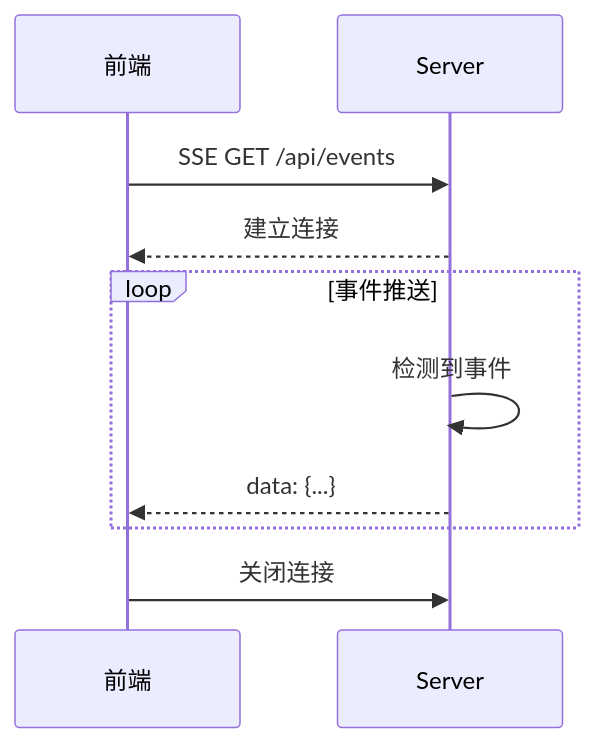
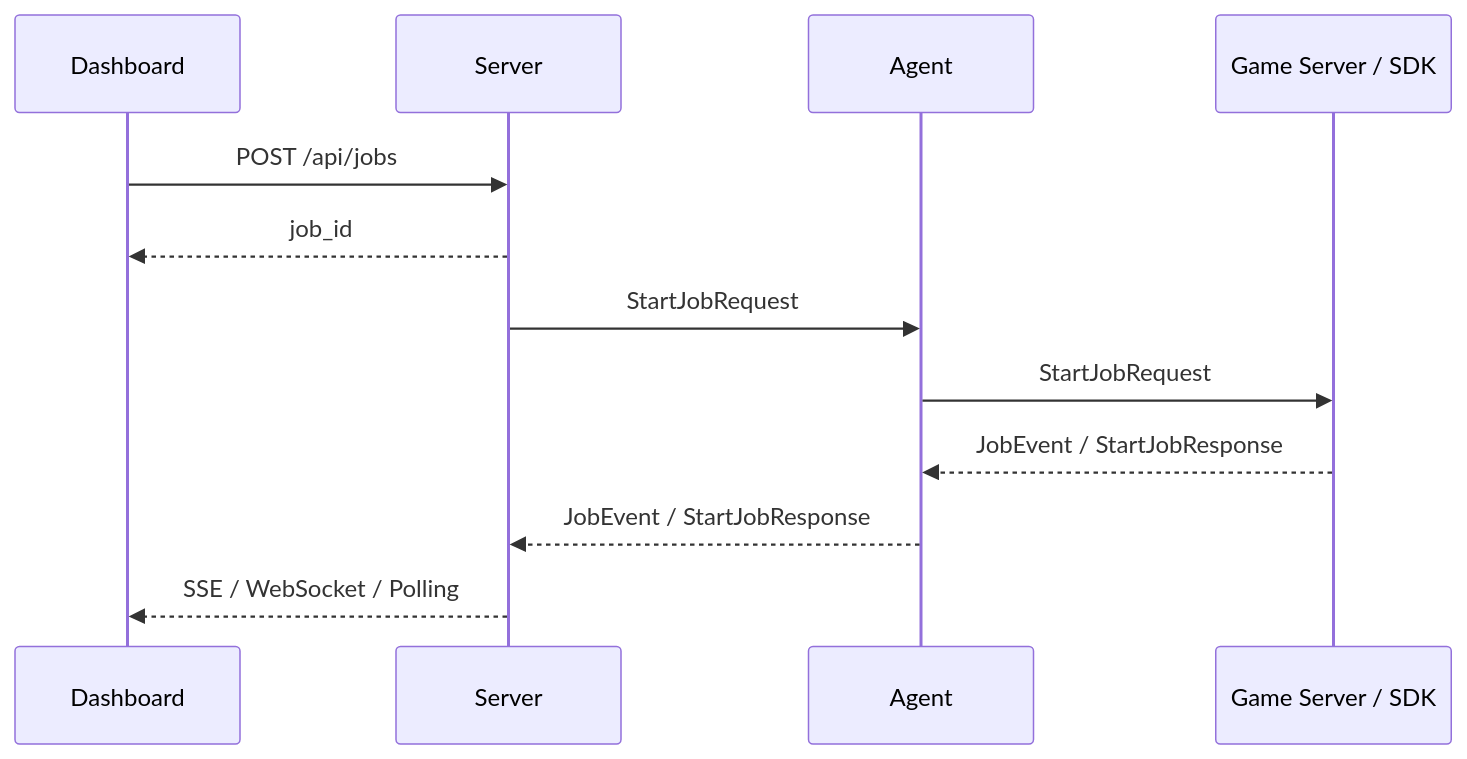
The fourth of 4 diagrams in docs/architecture/data-flow.md (cuihairu/croupier), drawn with Mermaid before and after one commit. The commit also changed other lines of this file and 63 other files, not shown here.

````diff
--- a/docs/architecture/data-flow.md
+++ b/docs/architecture/data-flow.md
@@ -330,15 +69,15 @@
 ```mermaid
 sequenceDiagram
-    participant Client as 前端
+    participant UI as Dashboard
     participant Server as Server
+    participant Agent as Agent
+    participant App as Game Server / SDK
 
-    Client->>Server: SSE GET /api/events
-    Server-->>Client: 建立连接
-
-    loop 事件推送
-        Server->>Server: 检测到事件
-        Server-->>Client: data: {...}
-    end
-
-    Client->>Server: 关闭连接
+    UI->>Server: POST /api/jobs
+    Server-->>UI: job_id
+    Server->>Agent: StartJobRequest
+    Agent->>App: StartJobRequest
+    App-->>Agent: JobEvent / StartJobResponse
+    Agent-->>Server: JobEvent / StartJobResponse
+    Server-->>UI: SSE / WebSocket / Polling
 ```
````
